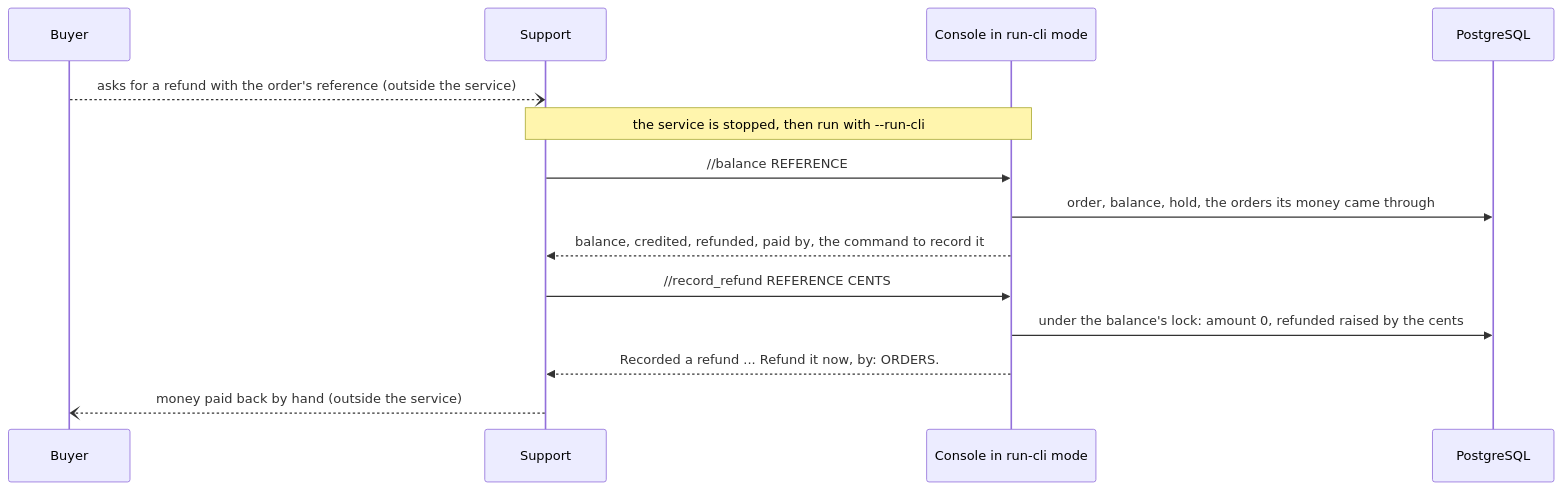
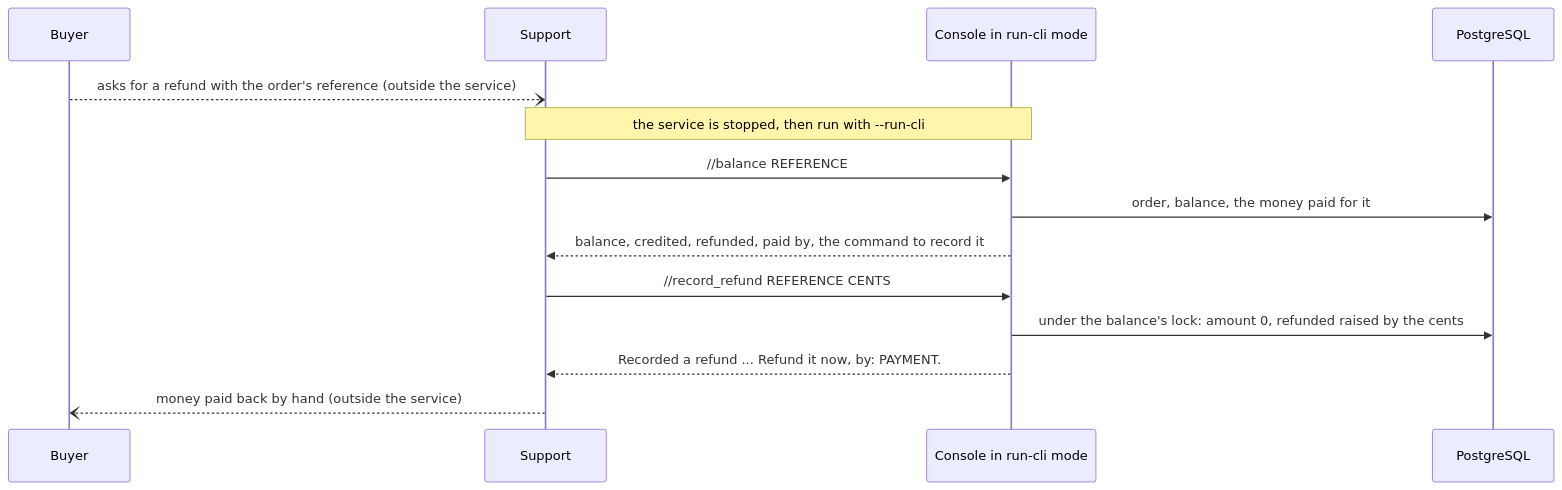
One commit to simplex-chat/simplex-chat changed the tenth of 15 diagrams in apps/simplex-store-service/docs/names.md. Above: the diagram before and after it, drawn with Mermaid. The commit also changed other lines of this file and 39 other files, not shown here.

Commit message:
names: an order's balance pays for no other order

````diff
--- a/apps/simplex-store-service/docs/names.md
+++ b/apps/simplex-store-service/docs/names.md
@@ -545,16 +497,16 @@
 ```mermaid
 sequenceDiagram
   participant B as Buyer
   participant O as Support
   participant C as Console in run-cli mode
   participant D as PostgreSQL
   B--)O: asks for a refund with the order's reference (outside the service)
   Note over O,C: the service is stopped, then run with --run-cli
   O->>C: //balance REFERENCE
-  C->>D: order, balance, hold, the orders its money came through
+  C->>D: order, balance, the money paid for it
   C-->>O: balance, credited, refunded, paid by, the command to record it
   O->>C: //record_refund REFERENCE CENTS
   C->>D: under the balance's lock: amount 0, refunded raised by the cents
-  C-->>O: Recorded a refund ... Refund it now, by: ORDERS.
+  C-->>O: Recorded a refund ... Refund it now, by: PAYMENT.
   O--)B: money paid back by hand (outside the service)
 ```
````
